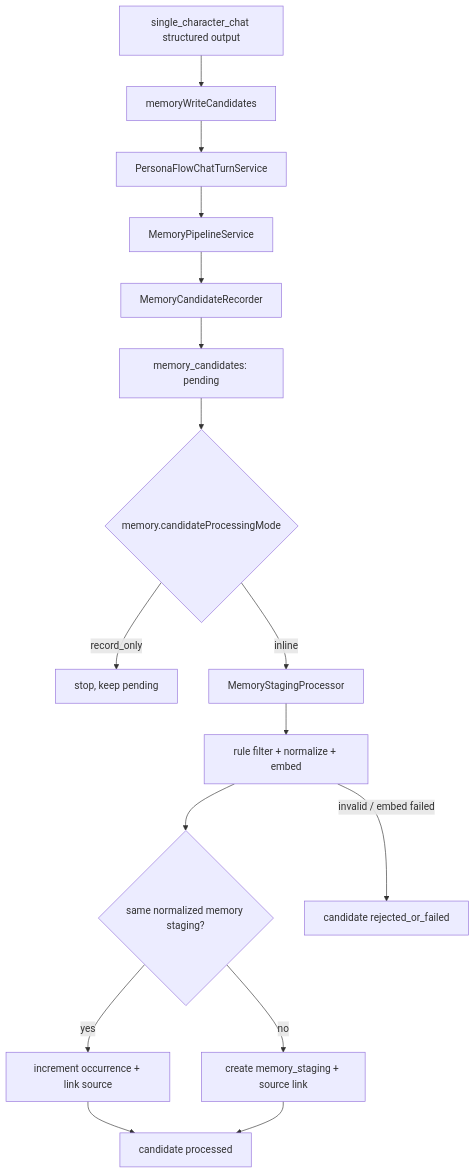
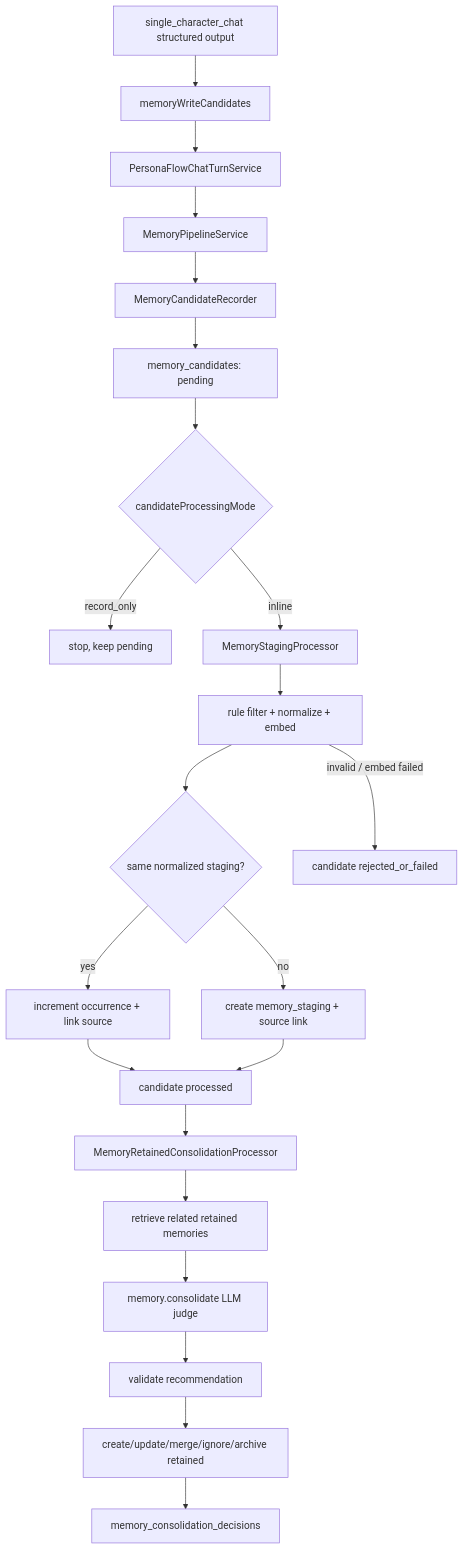
The diagram in docs/project-map-memory.zh-CN.md (cong-jing/ss.ai), drawn with Mermaid before and after one commit. The commit also changed other lines of this file and 6 other files, not shown here.

````diff
--- a/docs/project-map-memory.zh-CN.md
+++ b/docs/project-map-memory.zh-CN.md
@@ -27,18 +28,24 @@
 ```mermaid
 flowchart TD
     A[single_character_chat structured output] --> B[memoryWriteCandidates]
     B --> C[PersonaFlowChatTurnService]
     C --> D[MemoryPipelineService]
     D --> E[MemoryCandidateRecorder]
     E --> F[memory_candidates: pending]
-    F --> G{memory.candidateProcessingMode}
+    F --> G{candidateProcessingMode}
     G -- record_only --> H[stop, keep pending]
     G -- inline --> I[MemoryStagingProcessor]
     I --> J[rule filter + normalize + embed]
-    J --> K{same normalized memory staging?}
+    J --> K{same normalized staging?}
     K -- yes --> L[increment occurrence + link source]
     K -- no --> M[create memory_staging + source link]
     L --> N[candidate processed]
     M --> N
     J -- invalid / embed failed --> O[candidate rejected_or_failed]
+    N --> P[MemoryRetainedConsolidationProcessor]
+    P --> Q[retrieve related retained memories]
+    Q --> R[memory.consolidate LLM judge]
+    R --> S[validate recommendation]
+    S --> T[create/update/merge/ignore/archive retained]
+    T --> U[memory_consolidation_decisions]
 ```
````
